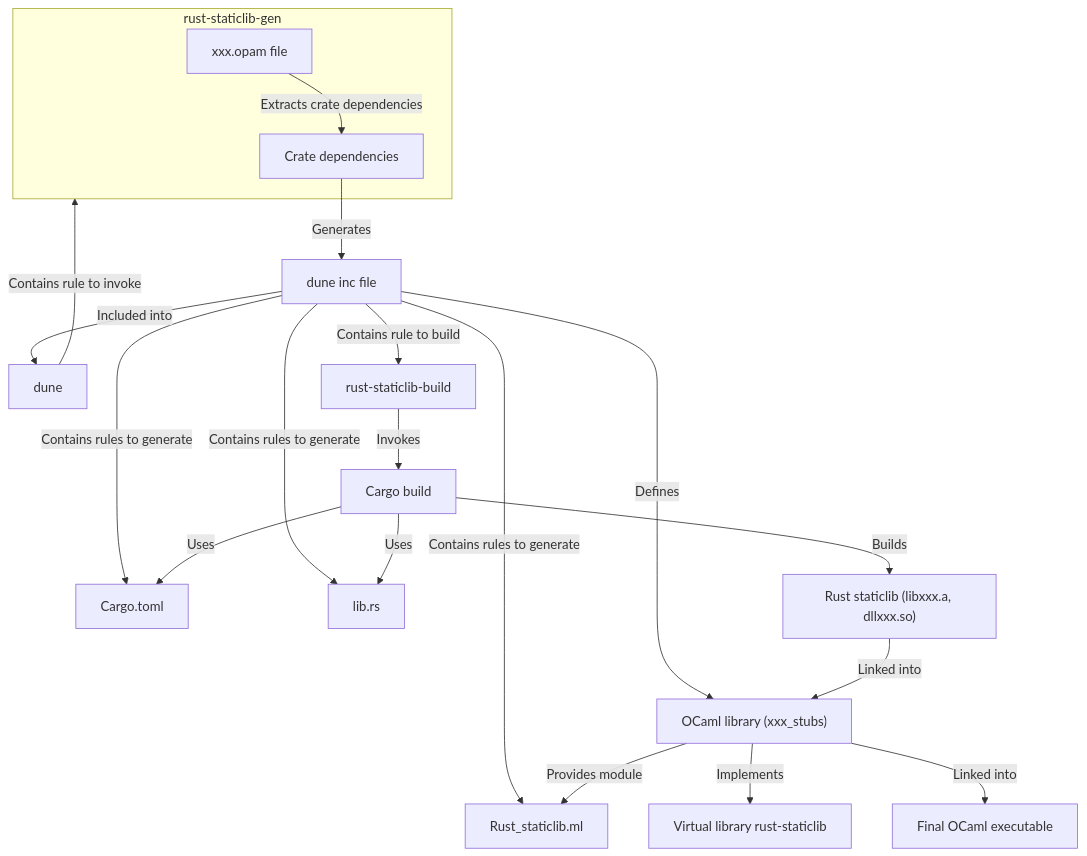
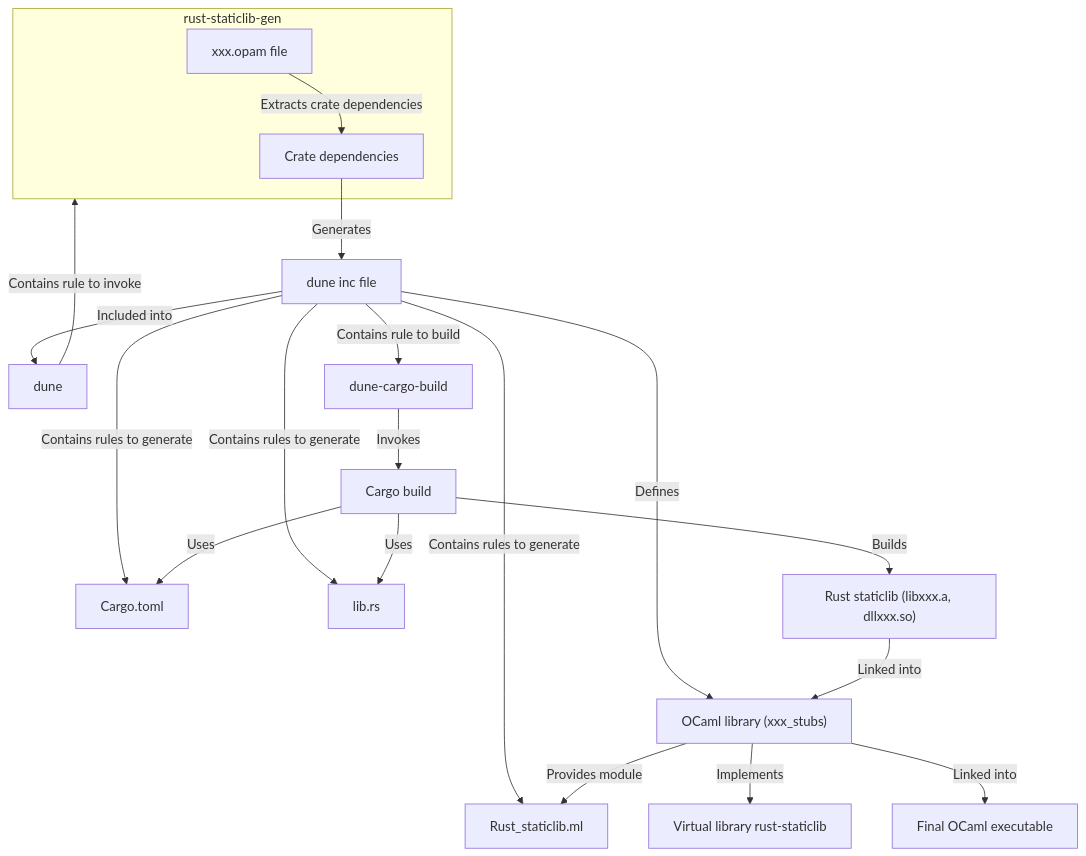
One commit to Lupus/rust-staticlib-gen changed the second of 2 diagrams in README.md. Above: the diagram before and after it, drawn with Mermaid. The commit also changed other lines of this file, not shown here.

````diff
--- a/README.md
+++ b/README.md
@@ -269,22 +373,22 @@
 ```mermaid
 flowchart TD
     subgraph rust_staticlib_gen["rust-staticlib-gen"]
         opam_files["xxx.opam file"] -->|Extracts crate dependencies| extracted_deps["Crate dependencies"]
     end
     extracted_deps -->|Generates| dune_file["dune inc file"]
     dune_file -->|Included into| main_dune_file["dune"]
     main_dune_file -->|Contains rule to invoke| rust_staticlib_gen
     dune_file -->|Contains rules to generate| cargo_toml["Cargo.toml"]
     dune_file -->|Contains rules to generate| lib_rs["lib.rs"]
     dune_file -->|Contains rules to generate| rust_staticlib_ml["Rust_staticlib.ml"]
-    dune_file -->|Contains rule to build| rust_staticlib_build["rust-staticlib-build"]
+    dune_file -->|Contains rule to build| rust_staticlib_build["dune-cargo-build"]
     dune_file -->|Defines| ocaml_library
     rust_staticlib_build -->|Invokes| cargo_build["Cargo build"]
     cargo_build -->|Uses| cargo_toml
     cargo_build -->|Uses| lib_rs
     cargo_build -->|Builds| rust_staticlib["Rust staticlib (libxxx.a, dllxxx.so)"]
     rust_staticlib -->|Linked into| ocaml_library["OCaml library (xxx_stubs)"]
     ocaml_library -->|Provides module| rust_staticlib_ml
     ocaml_library -->|Implements| virtual_library["Virtual library rust-staticlib"]
     ocaml_library -->|Linked into| ocaml_code["Final OCaml executable"]
 ```
````
